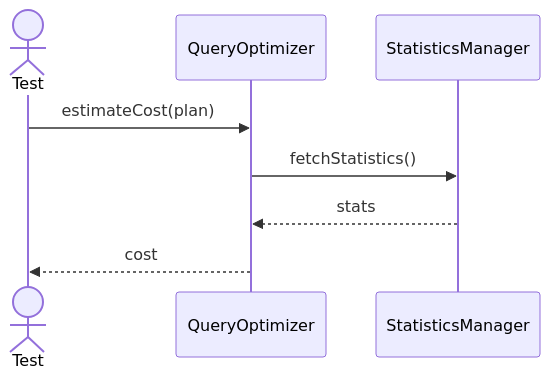
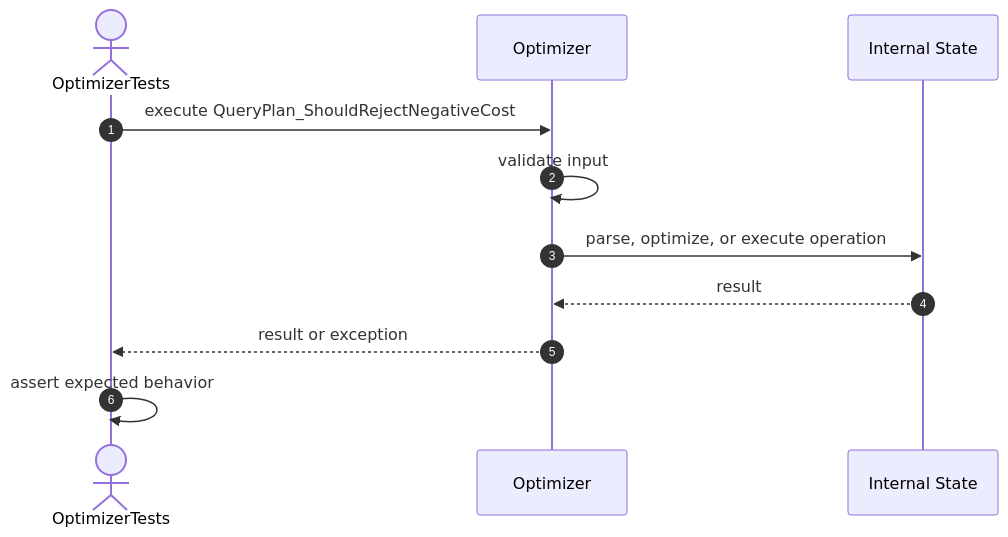
One commit to FhuAnn/-bbv-AN-s-DBMS changed the fifth of 19 diagrams in src/tests/unit/query/sequences/query-optimizer-testing.se.md. Above: the diagram before and after it, drawn with Mermaid. The commit also changed other lines of this file and 36 other files, not shown here.

````diff
--- a/src/tests/unit/query/sequences/query-optimizer-testing.se.md
+++ b/src/tests/unit/query/sequences/query-optimizer-testing.se.md
@@ -117,11 +79,14 @@
 ```mermaid
 sequenceDiagram
-actor Test
-participant QueryOptimizer
-participant StatisticsManager
+    autonumber
+    actor Test as OptimizerTests
+    participant Target as Optimizer
+    participant Internal as Internal State
 
-Test->>QueryOptimizer: estimateCost(plan)
-QueryOptimizer->>StatisticsManager: fetchStatistics()
-StatisticsManager-->>QueryOptimizer: stats
-QueryOptimizer-->>Test: cost
+    Test->>Target: execute QueryPlan_ShouldRejectNegativeCost
+    Target->>Target: validate input
+    Target->>Internal: parse, optimize, or execute operation
+    Internal-->>Target: result
+    Target-->>Test: result or exception
+    Test->>Test: assert expected behavior
 ```
````
